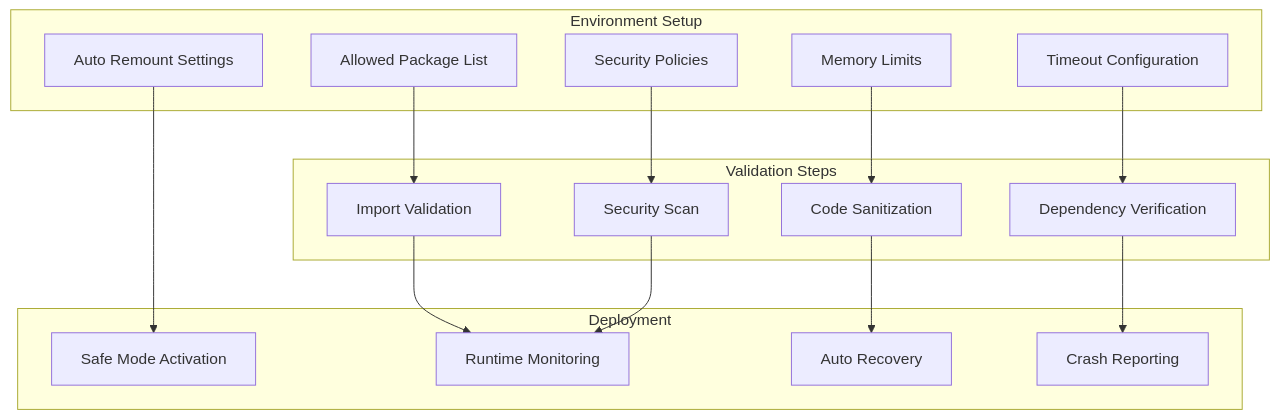
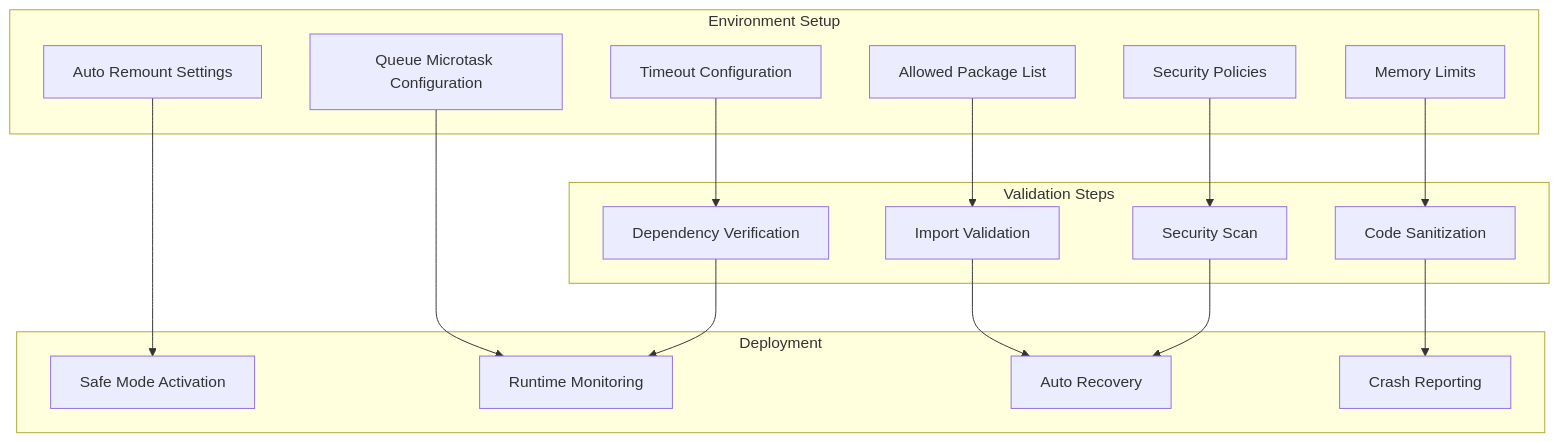
One commit to shekhargiri005-dotcom/AI-powered-accessibility-first-UI-engine changed diagram 11 of 11 in .qoder/repowiki/en/content/Sandbox Runtime Crash Handling.md. Above: the diagram before and after it, drawn with Mermaid. The commit also changed other lines of this file and 5 other files, not shown here.

````diff
--- a/.qoder/repowiki/en/content/Sandbox Runtime Crash Handling.md
+++ b/.qoder/repowiki/en/content/Sandbox Runtime Crash Handling.md
@@ -504,31 +542,33 @@
 ```mermaid
 graph TB
 subgraph "Environment Setup"
 AllowedPackages[Allowed Package List]
 MemoryLimits[Memory Limits]
 TimeoutSettings[Timeout Configuration]
 SecurityPolicies[Security Policies]
 AutoRemount[Auto Remount Settings]
+QueueMicrotask[Queue Microtask Configuration]
 end
 subgraph "Validation Steps"
 ImportValidation[Import Validation]
 CodeSanitization[Code Sanitization]
 DependencyVerification[Dependency Verification]
 SecurityScan[Security Scan]
 end
 subgraph "Deployment"
 SafeMode[Safe Mode Activation]
 Monitoring[Runtime Monitoring]
 AutoRecovery[Auto Recovery]
 Reporting[Crash Reporting]
 end
 AllowedPackages --> ImportValidation
 MemoryLimits --> CodeSanitization
 TimeoutSettings --> DependencyVerification
 SecurityPolicies --> SecurityScan
 AutoRemount --> SafeMode
-ImportValidation --> Monitoring
-CodeSanitization --> AutoRecovery
-DependencyVerification --> Reporting
-SecurityScan --> Monitoring
+QueueMicrotask --> Monitoring
+ImportValidation --> AutoRecovery
+CodeSanitization --> Reporting
+DependencyVerification --> Monitoring
+SecurityScan --> AutoRecovery
 ```
````
